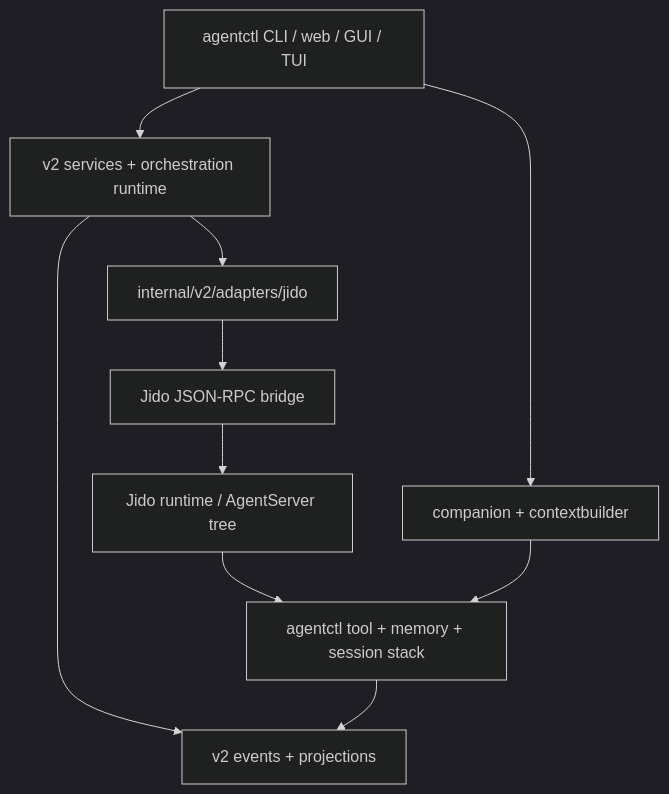
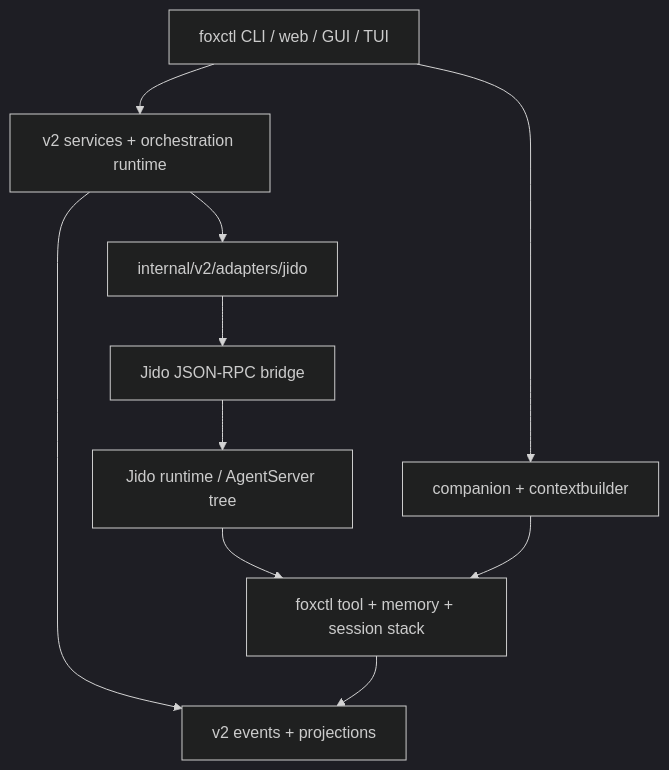
Before and after one commit to joshka0/foxctl: the diagram in docs/architecture/jido-hybrid-runtime.md, drawn with Mermaid (dark theme). The commit also changed other lines of this file and 2567 other files, not shown here.

Commit message:
Rename agentctl to foxctl

````diff
--- a/docs/architecture/jido-hybrid-runtime.md
+++ b/docs/architecture/jido-hybrid-runtime.md
@@ -52,21 +52,21 @@
 ```mermaid
 flowchart TD
-    CLI[agentctl CLI / web / GUI / TUI]
+    CLI[foxctl CLI / web / GUI / TUI]
     V2[v2 services + orchestration runtime]
     Proj[v2 events + projections]
     Ctx[companion + contextbuilder]
     JidoBridge[internal/v2/adapters/jido]
     JR[Jido JSON-RPC bridge]
     Jido[Jido runtime / AgentServer tree]
-    Tools[agentctl tool + memory + session stack]
+    Tools[foxctl tool + memory + session stack]
 
     CLI --> V2
     CLI --> Ctx
     V2 --> Proj
     V2 --> JidoBridge
     Ctx --> Tools
     JidoBridge --> JR
     JR --> Jido
     Jido --> Tools
     Tools --> Proj
 ```
````
